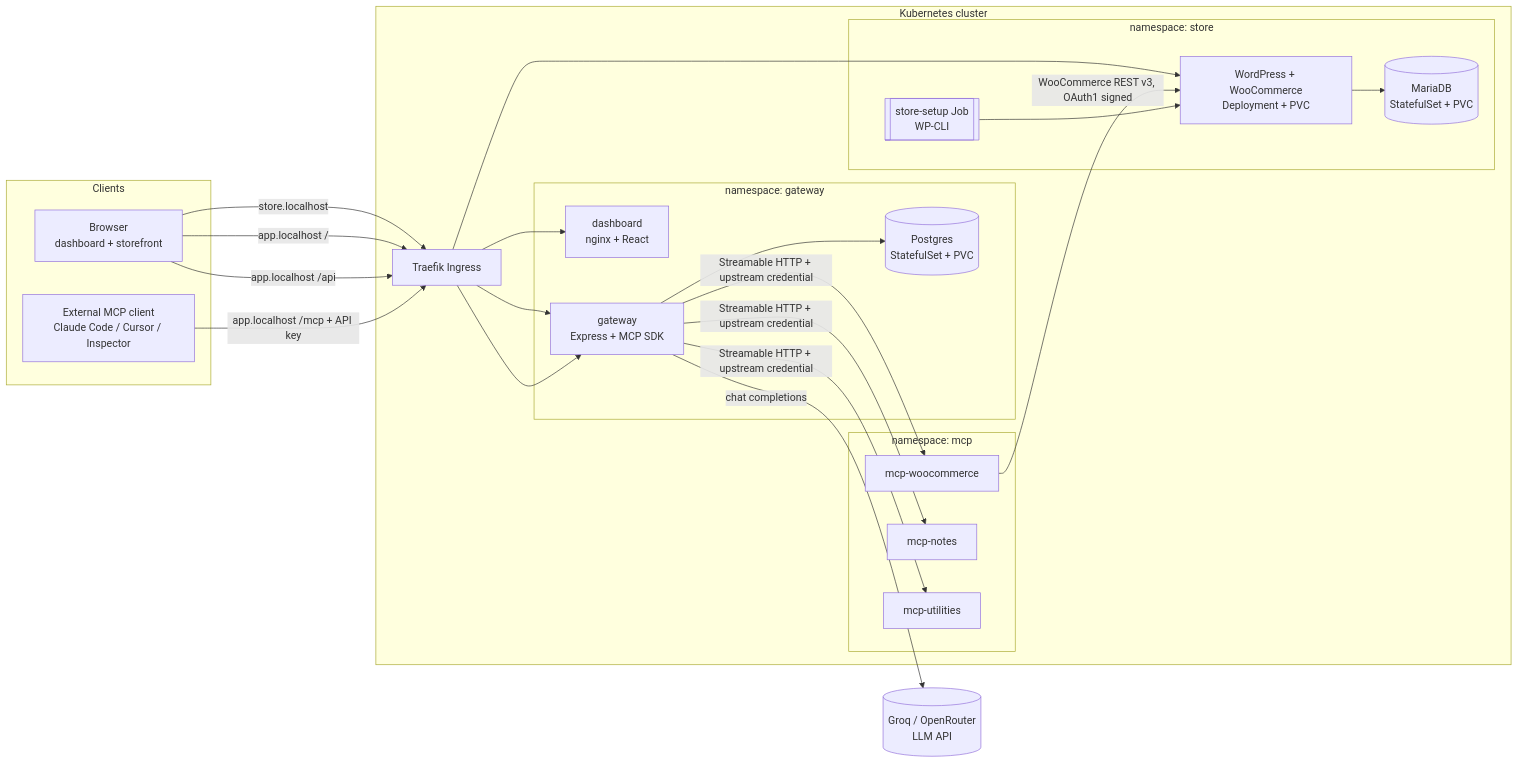
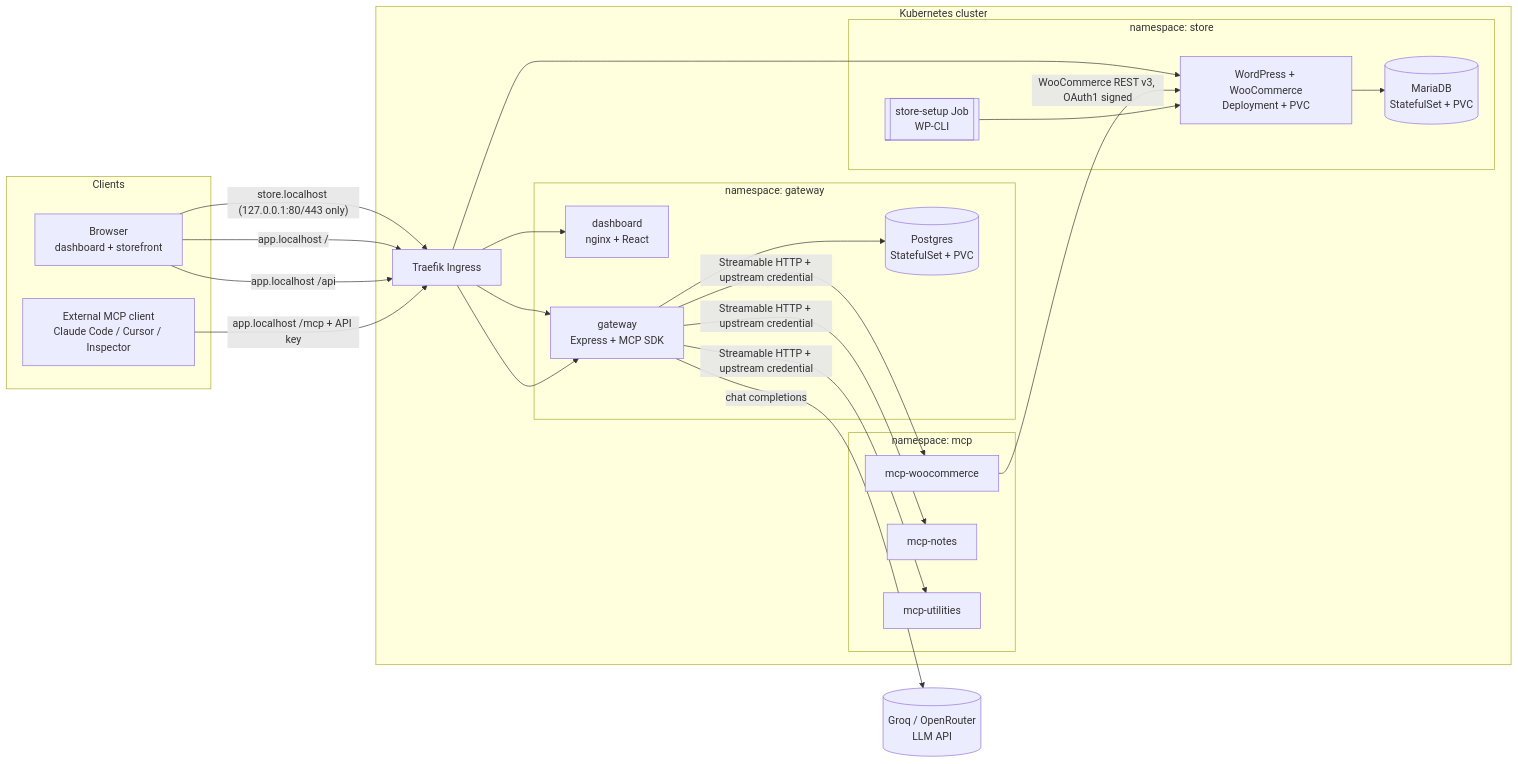
Before and after one commit to tushar66sharma/MCP-Gateway-on-Kubernetes: the first of 6 diagrams in docs/architecture.md, drawn with Mermaid. The commit also changed other lines of this file and 10 other files, not shown here.

````diff
--- a/docs/architecture.md
+++ b/docs/architecture.md
@@ -11,39 +11,39 @@
 ```mermaid
 flowchart LR
   subgraph Clients
     B[Browser<br/>dashboard + storefront]
     X[External MCP client<br/>Claude Code / Cursor / Inspector]
   end
 
   subgraph k8s[Kubernetes cluster]
     T[Traefik Ingress]
     subgraph ns_gw[namespace: gateway]
       D[dashboard<br/>nginx + React]
       G[gateway<br/>Express + MCP SDK]
       PG[(Postgres<br/>StatefulSet + PVC)]
     end
     subgraph ns_mcp[namespace: mcp]
       MW[mcp-woocommerce]
       MN[mcp-notes]
       MU[mcp-utilities]
     end
     subgraph ns_store[namespace: store]
       WP[WordPress + WooCommerce<br/>Deployment + PVC]
       DB[(MariaDB<br/>StatefulSet + PVC)]
       J[[store-setup Job<br/>WP-CLI]]
     end
   end
 
   LLM[(Groq / OpenRouter<br/>LLM API)]
 
-  B -- store.localhost --> T --> WP
+  B -- "store.localhost (127.0.0.1:80/443 only)" --> T --> WP
   B -- app.localhost / --> T --> D
   B -- app.localhost /api --> T --> G
   X -- app.localhost /mcp + API key --> T --> G
   G --> PG
   G -- Streamable HTTP + upstream credential --> MW & MN & MU
   MW -- WooCommerce REST v3, OAuth1 signed --> WP
   WP --> DB
   J --> WP
   G -- chat completions --> LLM
 ```
````
